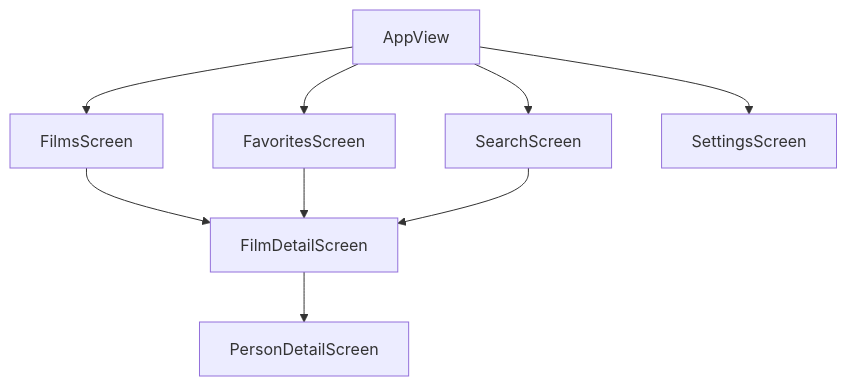
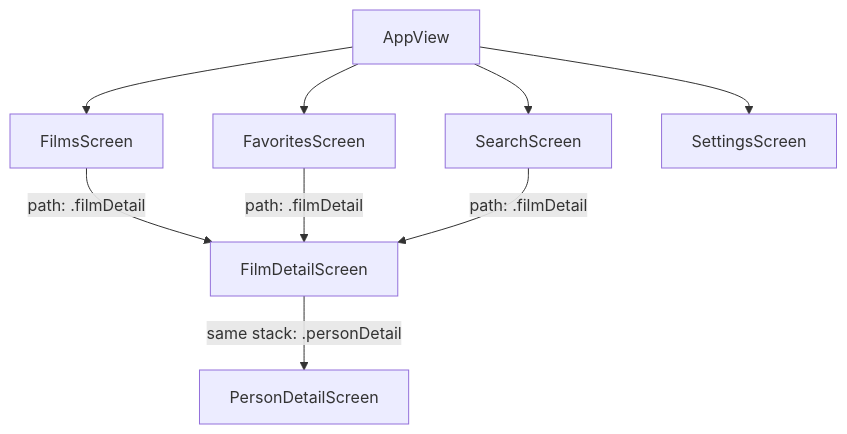
The third of 3 diagrams in README.md (karimelbahi/GhibliSwiftUIApp), drawn with Mermaid before and after one commit. The commit also changed other lines of this file and 21 other files, not shown here.

````diff
--- a/README.md
+++ b/README.md
@@ -180,13 +180,13 @@
 ```mermaid
 flowchart TB
     AppView --> FilmsScreen
     AppView --> FavoritesScreen
     AppView --> SearchScreen
     AppView --> SettingsScreen
 
-    FilmsScreen --> FilmDetailScreen
-    FavoritesScreen --> FilmDetailScreen
-    SearchScreen --> FilmDetailScreen
+    FilmsScreen -->|"path: .filmDetail"| FilmDetailScreen
+    FavoritesScreen -->|"path: .filmDetail"| FilmDetailScreen
+    SearchScreen -->|"path: .filmDetail"| FilmDetailScreen
 
-    FilmDetailScreen --> PersonDetailScreen
+    FilmDetailScreen -->|"same stack: .personDetail"| PersonDetailScreen
 ```
````
